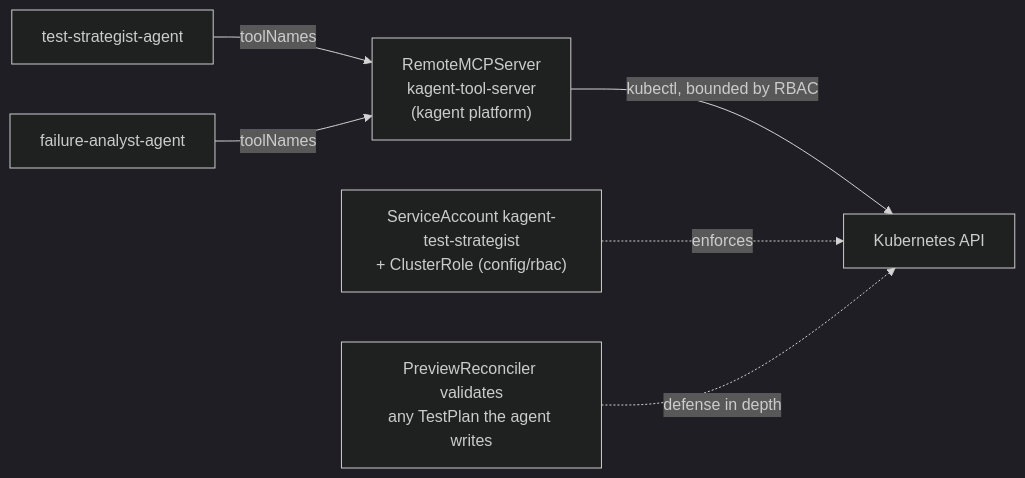
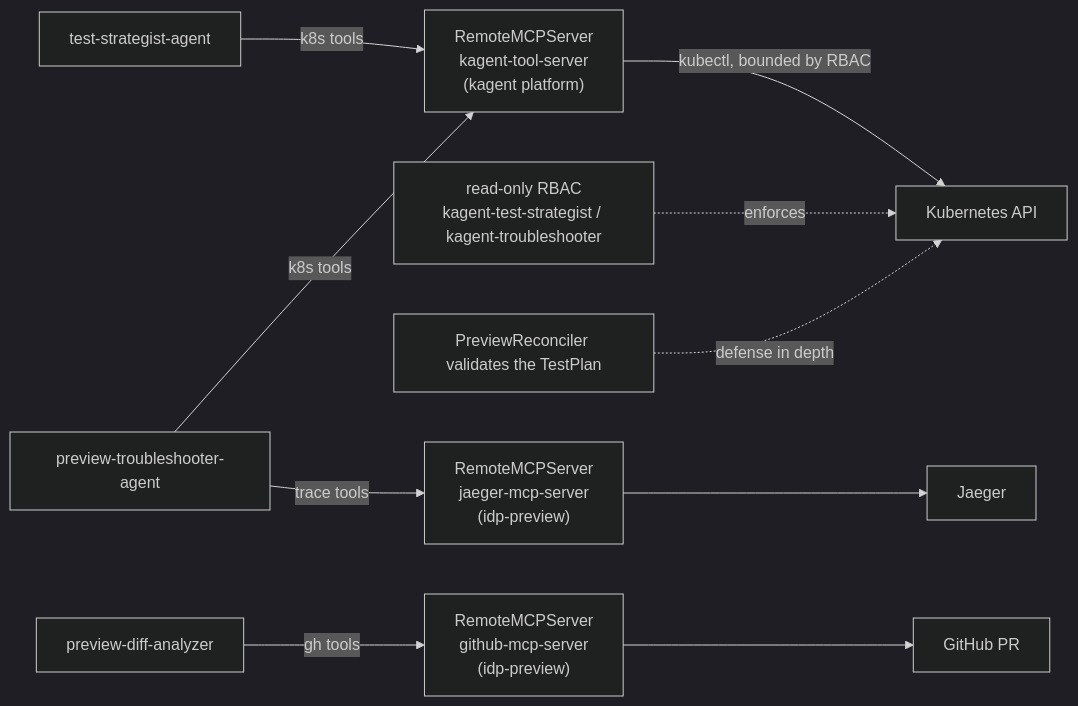
One commit to ihsenalaya/preview-operator changed the diagram in docs/features/mcp-servers.md. Above: the diagram before and after it, drawn with Mermaid (dark theme). The commit also changed other lines of this file and 3 other files, not shown here.

First line of the commit message:
docs: correct kagent MCP servers and agent tools against idp-preview

````diff
--- a/docs/features/mcp-servers.md
+++ b/docs/features/mcp-servers.md
@@ -26,8 +27,12 @@
 ```mermaid
 flowchart LR
-    A1["test-strategist-agent"] -->|toolNames| TS["RemoteMCPServer<br/>kagent-tool-server<br/>(kagent platform)"]
-    A2["failure-analyst-agent"] -->|toolNames| TS
-    TS -->|kubectl, bounded by RBAC| K["Kubernetes API"]
-    SA["ServiceAccount kagent-test-strategist<br/>+ ClusterRole (config/rbac)"] -.enforces.-> K
-    CTRL["PreviewReconciler validates<br/>any TestPlan the agent writes"] -.defense in depth.-> K
+    TSA["test-strategist-agent"] -->|k8s tools| KTS["RemoteMCPServer<br/>kagent-tool-server<br/>(kagent platform)"]
+    TRB["preview-troubleshooter-agent"] -->|k8s tools| KTS
+    TRB -->|trace tools| JG["RemoteMCPServer<br/>jaeger-mcp-server<br/>(idp-preview)"]
+    DFA["preview-diff-analyzer"] -->|gh tools| GHS["RemoteMCPServer<br/>github-mcp-server<br/>(idp-preview)"]
+    KTS -->|kubectl, bounded by RBAC| K["Kubernetes API"]
+    JG --> JAEGER["Jaeger"]
+    GHS --> GITHUB["GitHub PR"]
+    SA["read-only RBAC<br/>kagent-test-strategist / kagent-troubleshooter"] -.enforces.-> K
+    CTRL["PreviewReconciler validates the TestPlan"] -.defense in depth.-> K
 ```
````
